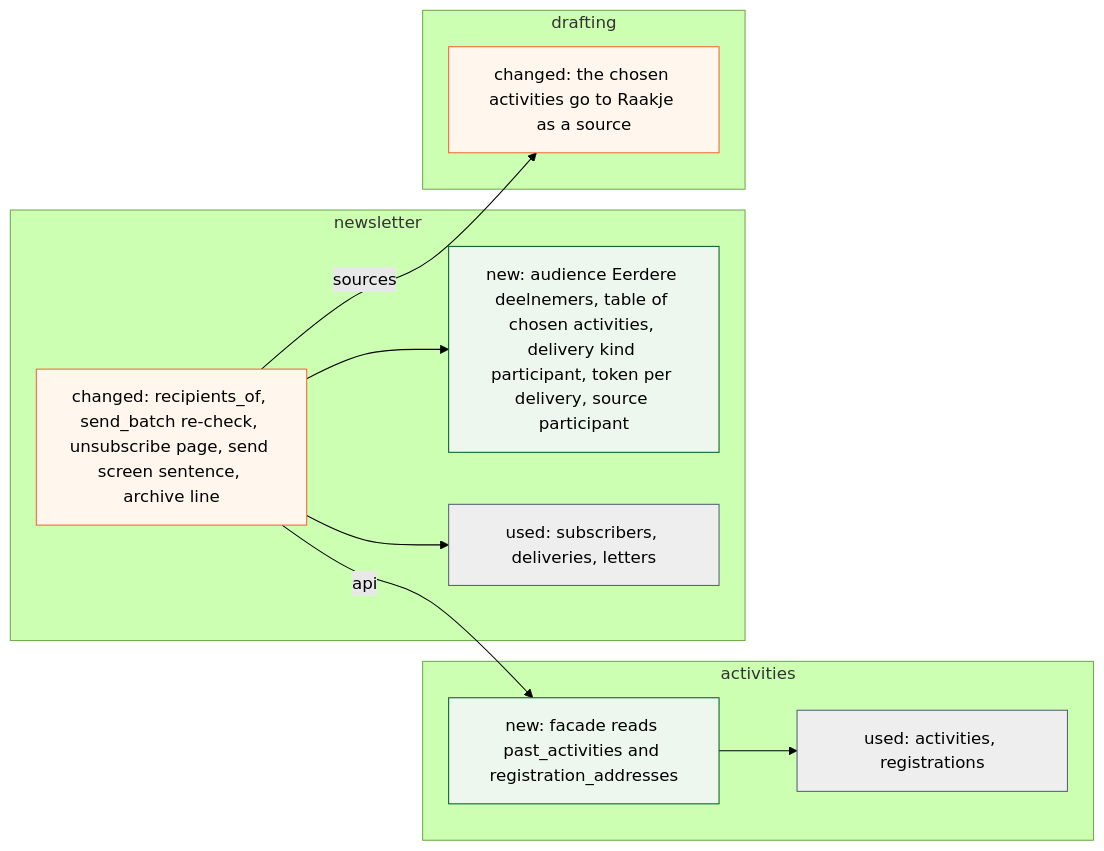
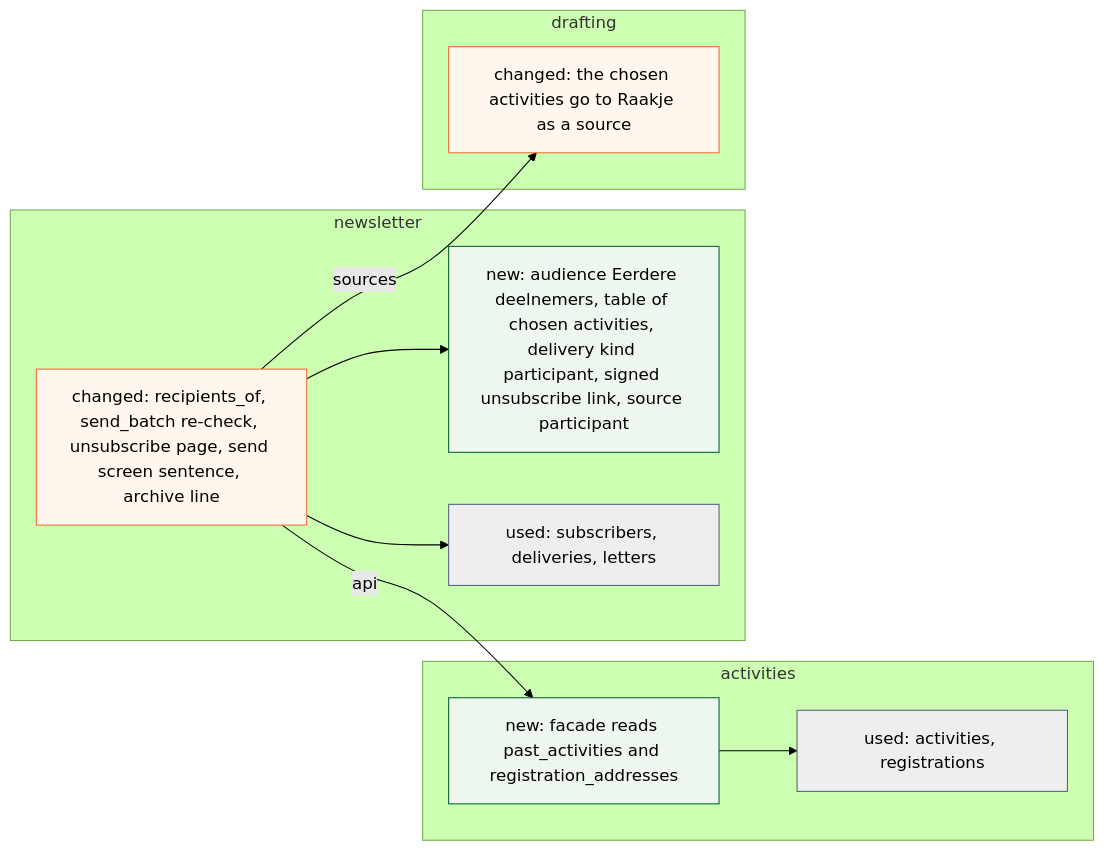
Before and after one commit to KoenRenders/KoenTest: the fourth of 5 diagrams in docs/change_request_36_newsletter_past_participants.md, drawn with Mermaid (forest theme). The commit also changed other lines of this file, not shown here.

First line of the commit message:
docs(cr-36): the architecture review taken in — erase keeps the opt-out, the meaning of source, a signed link instead of a stored token, one re-check, the CR-33 boundary

````diff
--- a/docs/change_request_36_newsletter_past_participants.md
+++ b/docs/change_request_36_newsletter_past_participants.md
@@ -193,23 +193,23 @@
 ```mermaid
 flowchart LR
   subgraph ACT["activities"]
     an["new: facade reads past_activities and registration_addresses"]:::new
     au["used: activities, registrations"]:::use
   end
   subgraph NL["newsletter"]
-    nn["new: audience Eerdere deelnemers, table of chosen activities, delivery kind participant, token per delivery, source participant"]:::new
+    nn["new: audience Eerdere deelnemers, table of chosen activities, delivery kind participant, signed unsubscribe link, source participant"]:::new
     nc["changed: recipients_of, send_batch re-check, unsubscribe page, send screen sentence, archive line"]:::chg
     nu["used: subscribers, deliveries, letters"]:::use
   end
   subgraph DRA["drafting"]
     dc["changed: the chosen activities go to Raakje as a source"]:::chg
   end
   nc -->|api| an
   an --> au
   nc --> nn
   nc --> nu
   nc -->|sources| dc
   classDef new fill:#eef7ee,stroke:#005d29
   classDef chg fill:#fff7ed,stroke:#f16532
   classDef use fill:#eeeeee,stroke:#52607a
 ```
````
